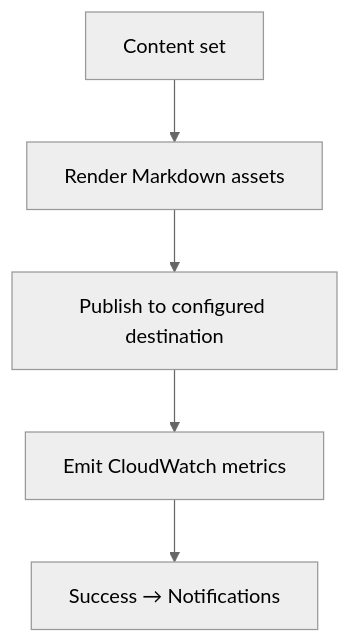
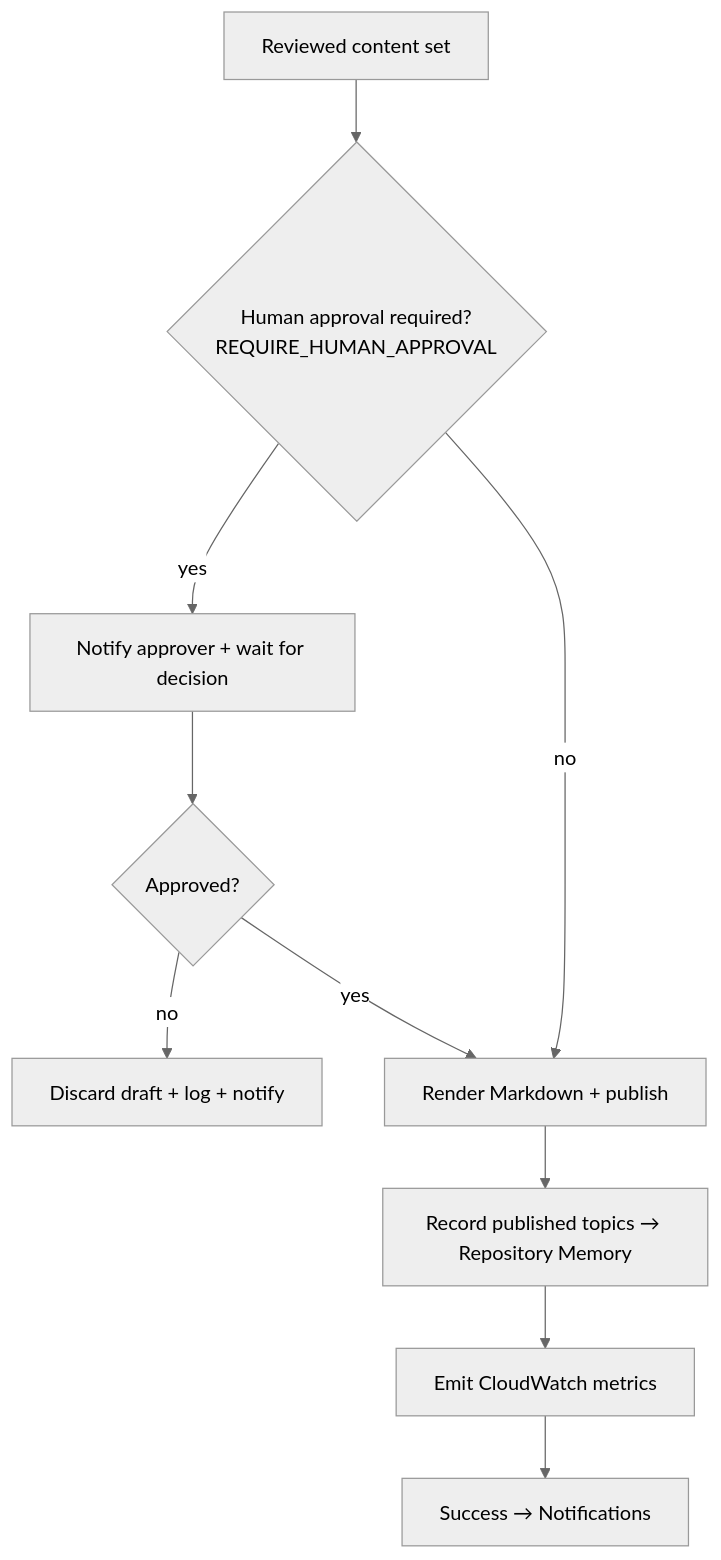
The eighth of 9 diagrams in docs/workflows.md (teddynted/ai-github-repository-blog-generator), drawn with Mermaid (neutral theme) before and after one commit. The commit also changed other lines of this file and 12 other files, not shown here.

````diff
--- a/docs/workflows.md
+++ b/docs/workflows.md
@@ -114,7 +169,12 @@
 ```mermaid
 flowchart TB
-    C[Content set] --> R[Render Markdown assets]
-    R --> PUB[Publish to configured destination]
-    PUB --> ME[Emit CloudWatch metrics]
+    C[Reviewed content set] --> G{Human approval required?<br/>REQUIRE_HUMAN_APPROVAL}
+    G -- yes --> WAIT[Notify approver + wait for decision]
+    WAIT --> DEC{Approved?}
+    DEC -- no --> REJ[Discard draft + log + notify]
+    DEC -- yes --> PUB
+    G -- no --> PUB[Render Markdown + publish]
+    PUB --> REC[Record published topics → Repository Memory]
+    REC --> ME[Emit CloudWatch metrics]
     ME --> OK[Success → Notifications]
 ```
````
